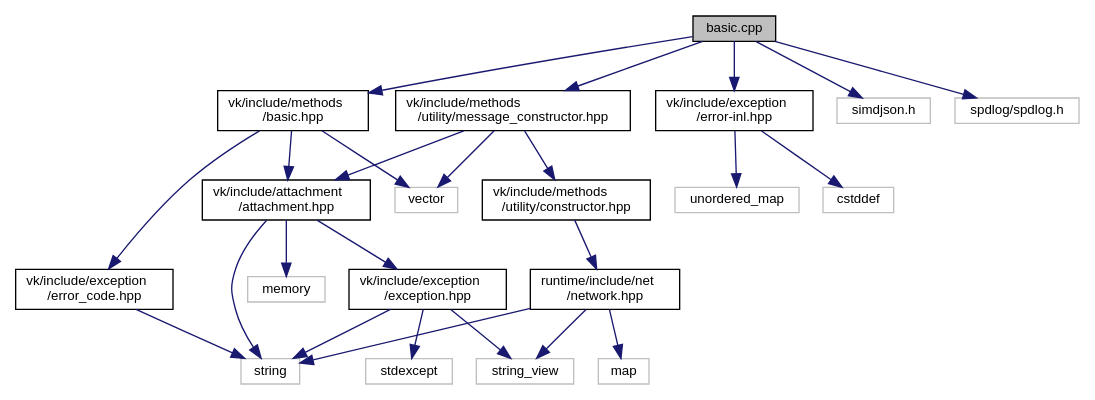
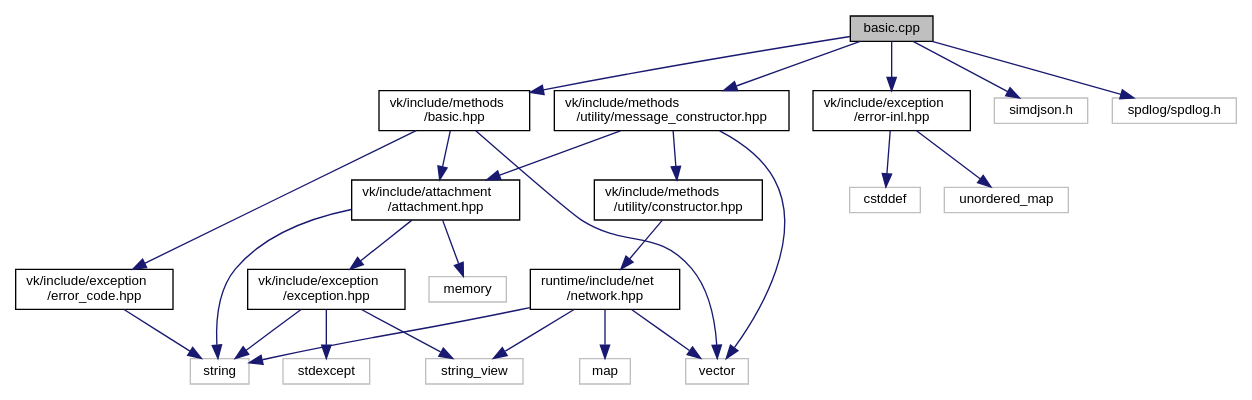
The diagram in docs/basic_8cpp__incl.dot (edgjj/cpp_vk_lib), drawn with Graphviz before and after one commit. The commit also changed 63 other files, not shown here.

```diff
--- a/docs/basic_8cpp__incl.dot
+++ b/docs/basic_8cpp__incl.dot
@@ -1,49 +1,50 @@
 digraph "basic.cpp"
 {
  // LATEX_PDF_SIZE
   edge [fontname="Helvetica",fontsize="10",labelfontname="Helvetica",labelfontsize="10"];
   node [fontname="Helvetica",fontsize="10",shape=record];
   Node1 [label="basic.cpp",height=0.2,width=0.4,color="black", fillcolor="grey75", style="filled", fontcolor="black",tooltip=" "];
   Node1 -> Node2 [color="midnightblue",fontsize="10",style="solid",fontname="Helvetica"];
   Node2 [label="vk/include/methods\l/basic.hpp",height=0.2,width=0.4,color="black", fillcolor="white", style="filled",URL="$basic_8hpp.html",tooltip=" "];
   Node2 -> Node3 [color="midnightblue",fontsize="10",style="solid",fontname="Helvetica"];
   Node3 [label="vk/include/attachment\l/attachment.hpp",height=0.2,width=0.4,color="black", fillcolor="white", style="filled",URL="$attachment_8hpp.html",tooltip=" "];
   Node3 -> Node4 [color="midnightblue",fontsize="10",style="solid",fontname="Helvetica"];
   Node4 [label="vk/include/exception\l/exception.hpp",height=0.2,width=0.4,color="black", fillcolor="white", style="filled",URL="$exception_8hpp.html",tooltip=" "];
   Node4 -> Node5 [color="midnightblue",fontsize="10",style="solid",fontname="Helvetica"];
   Node5 [label="stdexcept",height=0.2,width=0.4,color="grey75", fillcolor="white", style="filled",tooltip=" "];
   Node4 -> Node6 [color="midnightblue",fontsize="10",style="solid",fontname="Helvetica"];
   Node6 [label="string",height=0.2,width=0.4,color="grey75", fillcolor="white", style="filled",tooltip=" "];
   Node4 -> Node7 [color="midnightblue",fontsize="10",style="solid",fontname="Helvetica"];
   Node7 [label="string_view",height=0.2,width=0.4,color="grey75", fillcolor="white", style="filled",tooltip=" "];
   Node3 -> Node8 [color="midnightblue",fontsize="10",style="solid",fontname="Helvetica"];
   Node8 [label="memory",height=0.2,width=0.4,color="grey75", fillcolor="white", style="filled",tooltip=" "];
   Node3 -> Node6 [color="midnightblue",fontsize="10",style="solid",fontname="Helvetica"];
   Node2 -> Node9 [color="midnightblue",fontsize="10",style="solid",fontname="Helvetica"];
   Node9 [label="vk/include/exception\l/error_code.hpp",height=0.2,width=0.4,color="black", fillcolor="white", style="filled",URL="$error__code_8hpp.html",tooltip=" "];
   Node9 -> Node6 [color="midnightblue",fontsize="10",style="solid",fontname="Helvetica"];
   Node2 -> Node10 [color="midnightblue",fontsize="10",style="solid",fontname="Helvetica"];
   Node10 [label="vector",height=0.2,width=0.4,color="grey75", fillcolor="white", style="filled",tooltip=" "];
   Node1 -> Node11 [color="midnightblue",fontsize="10",style="solid",fontname="Helvetica"];
   Node11 [label="vk/include/exception\l/error-inl.hpp",height=0.2,width=0.4,color="black", fillcolor="white", style="filled",URL="$error-inl_8hpp.html",tooltip=" "];
   Node11 -> Node12 [color="midnightblue",fontsize="10",style="solid",fontname="Helvetica"];
   Node12 [label="unordered_map",height=0.2,width=0.4,color="grey75", fillcolor="white", style="filled",tooltip=" "];
   Node11 -> Node13 [color="midnightblue",fontsize="10",style="solid",fontname="Helvetica"];
   Node13 [label="cstddef",height=0.2,width=0.4,color="grey75", fillcolor="white", style="filled",tooltip=" "];
   Node1 -> Node14 [color="midnightblue",fontsize="10",style="solid",fontname="Helvetica"];
   Node14 [label="vk/include/methods\l/utility/message_constructor.hpp",height=0.2,width=0.4,color="black", fillcolor="white", style="filled",URL="$message__constructor_8hpp.html",tooltip=" "];
   Node14 -> Node3 [color="midnightblue",fontsize="10",style="solid",fontname="Helvetica"];
   Node14 -> Node15 [color="midnightblue",fontsize="10",style="solid",fontname="Helvetica"];
   Node15 [label="vk/include/methods\l/utility/constructor.hpp",height=0.2,width=0.4,color="black", fillcolor="white", style="filled",URL="$constructor_8hpp.html",tooltip=" "];
   Node15 -> Node16 [color="midnightblue",fontsize="10",style="solid",fontname="Helvetica"];
   Node16 [label="runtime/include/net\l/network.hpp",height=0.2,width=0.4,color="black", fillcolor="white", style="filled",URL="$network_8hpp.html",tooltip=" "];
   Node16 -> Node17 [color="midnightblue",fontsize="10",style="solid",fontname="Helvetica"];
   Node17 [label="map",height=0.2,width=0.4,color="grey75", fillcolor="white", style="filled",tooltip=" "];
   Node16 -> Node6 [color="midnightblue",fontsize="10",style="solid",fontname="Helvetica"];
   Node16 -> Node7 [color="midnightblue",fontsize="10",style="solid",fontname="Helvetica"];
+  Node16 -> Node10 [color="midnightblue",fontsize="10",style="solid",fontname="Helvetica"];
   Node14 -> Node10 [color="midnightblue",fontsize="10",style="solid",fontname="Helvetica"];
   Node1 -> Node18 [color="midnightblue",fontsize="10",style="solid",fontname="Helvetica"];
   Node18 [label="simdjson.h",height=0.2,width=0.4,color="grey75", fillcolor="white", style="filled",tooltip=" "];
   Node1 -> Node19 [color="midnightblue",fontsize="10",style="solid",fontname="Helvetica"];
   Node19 [label="spdlog/spdlog.h",height=0.2,width=0.4,color="grey75", fillcolor="white", style="filled",tooltip=" "];
 }
```
